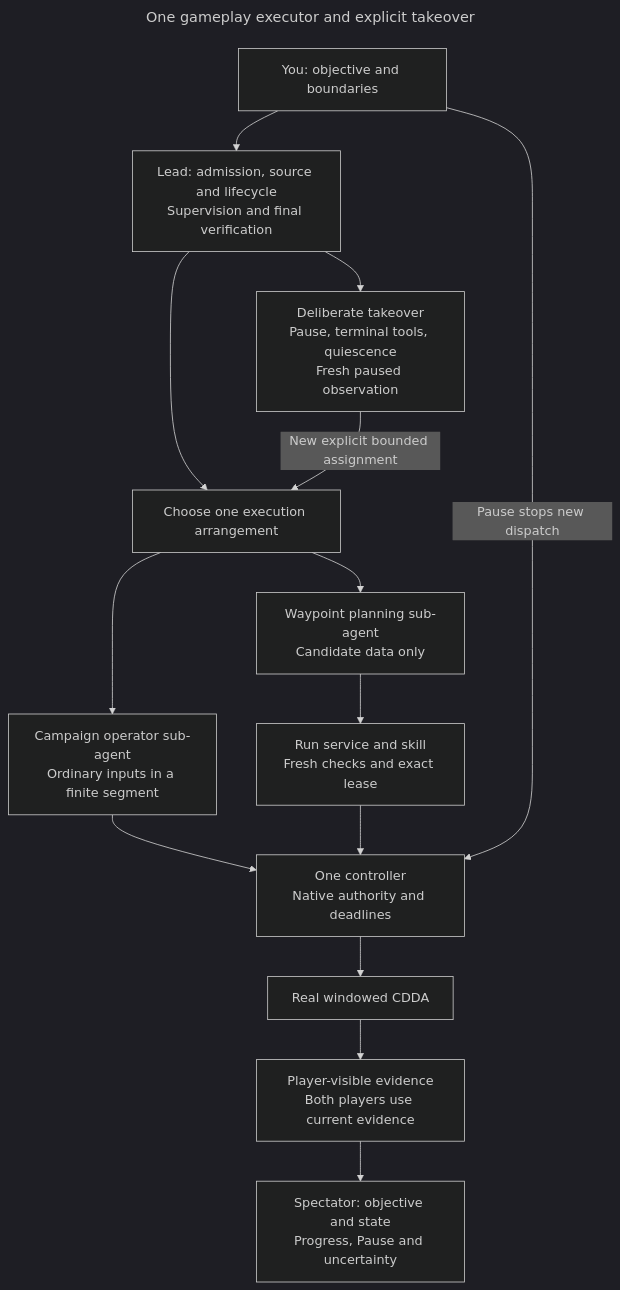
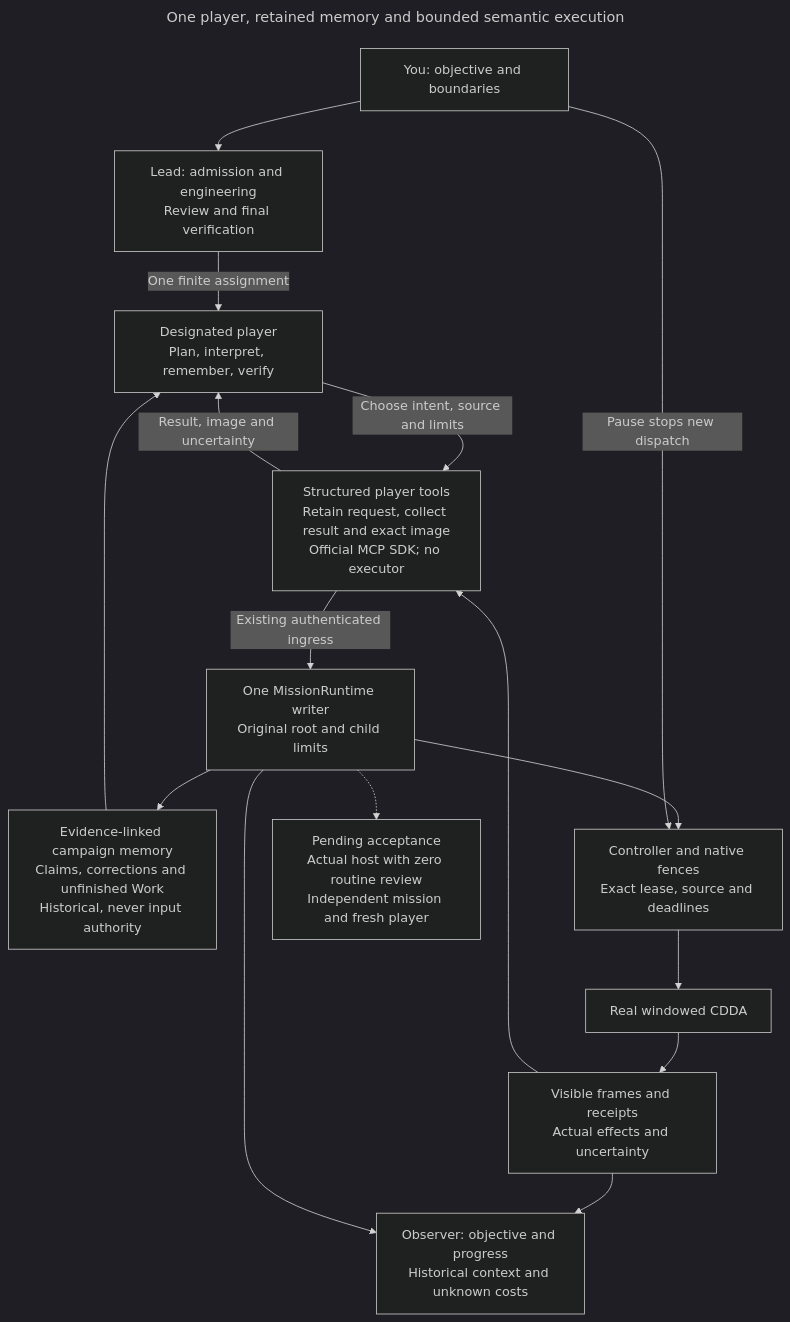
One commit to CVX-Hull/enactive changed the diagram in docs/diagrams/player.mmd. Above: the diagram before and after it, drawn with Mermaid (dark theme). The commit also changed 230 other files, not shown here.

```diff
--- a/docs/diagrams/player.mmd
+++ b/docs/diagrams/player.mmd
@@ -1,19 +1,21 @@
 ---
-title: One gameplay executor and explicit takeover
+title: One player, retained memory and bounded semantic execution
 ---
 flowchart TD
-  accTitle: One campaign operator or one waypoint executor with explicit handoff
-  accDescr: The user directs the lead and retains Pause. The lead admits a finite segment and chooses one execution arrangement. A campaign operator sends ordinary commands under a bounded brief. Alternatively, a waypoint planner proposes candidate data and the leased run service executes it. Both reach the same controller and real windowed game. Visible evidence returns to the player and spectator. Lead inspection requires Pause, terminal player tools, quiescence and fresh observation. Role assignment is procedural, not operating-system isolation.
-  User["You: objective and boundaries"] --> Lead["Lead: admission, source and lifecycle<br/>Supervision and final verification"]
-  Lead --> Choice["Choose one execution arrangement"]
-  Choice --> Operator["Campaign operator sub-agent<br/>Ordinary inputs in a finite segment"]
-  Choice --> Planner["Waypoint planning sub-agent<br/>Candidate data only"]
-  Planner --> Service["Run service and skill<br/>Fresh checks and exact lease"]
-  Operator --> Controller["One controller<br/>Native authority and deadlines"]
-  Service --> Controller
+  accTitle: Player decisions, historical memory and one mission writer
+  accDescr: The user sets objectives and can Pause independently. The lead freezes admission and source, reviews evidence and verifies acceptance. One designated player plans, interprets visible evidence and uses structured player tools. The adapter retains exact requests and collects results and images through the existing ingress; it is not another executor. Retained campaign memory supports decisions but grants no authority. One MissionRuntime writer checks original limits and exact controller and native fences before the real windowed game. Actual frames and operation receipts return to the player and observer. Actual host loading without routine review and a full independent mission with a fresh player remain acceptance gates; the lead supplies no ordinary gameplay rescue.
+  User["You: objective and boundaries"] --> Lead["Lead: admission and engineering<br/>Review and final verification"]
+  Lead -->|"One finite assignment"| Player["Designated player<br/>Plan, interpret, remember, verify"]
+  Memory["Evidence-linked campaign memory<br/>Claims, corrections and unfinished Work<br/>Historical, never input authority"] --> Player
+  Player -->|"Choose intent, source and limits"| Tools["Structured player tools<br/>Retain request, collect result and exact image<br/>Official MCP SDK; no executor"]
+  Tools -->|"Existing authenticated ingress"| Runtime["One MissionRuntime writer<br/>Original root and child limits"]
+  Runtime --> Controller["Controller and native fences<br/>Exact lease, source and deadlines"]
   Controller --> Game["Real windowed CDDA"]
-  Game --> Evidence["Player-visible evidence<br/>Both players use current evidence"]
-  Evidence --> Viewer["Spectator: objective and state<br/>Progress, Pause and uncertainty"]
+  Game --> Evidence["Visible frames and receipts<br/>Actual effects and uncertainty"]
+  Evidence --> Tools
+  Tools -->|"Result, image and uncertainty"| Player
+  Runtime --> Memory
+  Evidence --> Viewer["Observer: objective and progress<br/>Historical context and unknown costs"]
+  Runtime --> Viewer
   User -->|"Pause stops new dispatch"| Controller
-  Lead --> Handoff["Deliberate takeover<br/>Pause, terminal tools, quiescence<br/>Fresh paused observation"]
-  Handoff -->|"New explicit bounded assignment"| Choice
+  Runtime -.-> Gate["Pending acceptance<br/>Actual host with zero routine review<br/>Independent mission and fresh player"]
```
